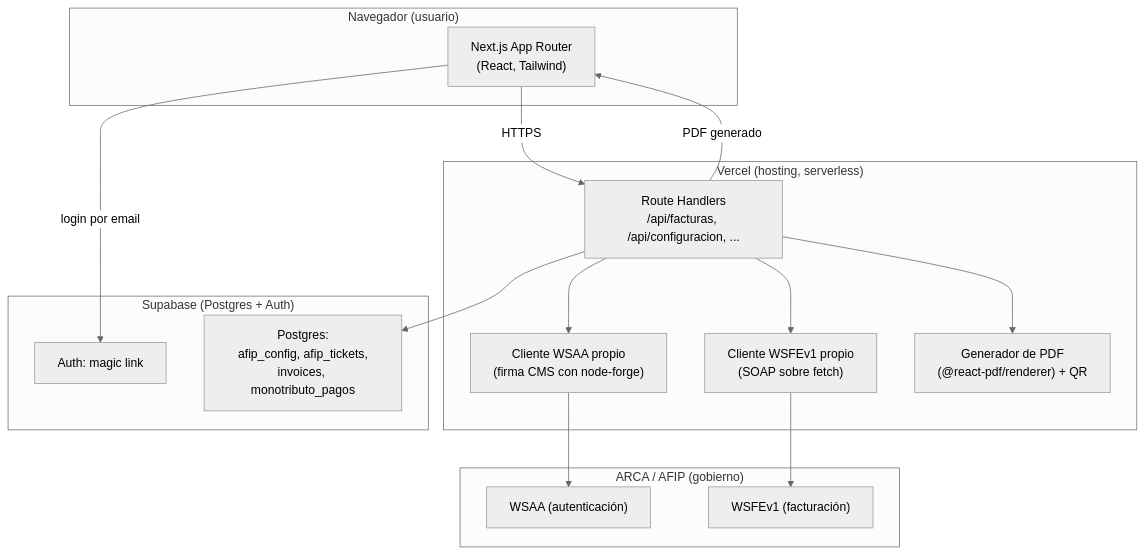
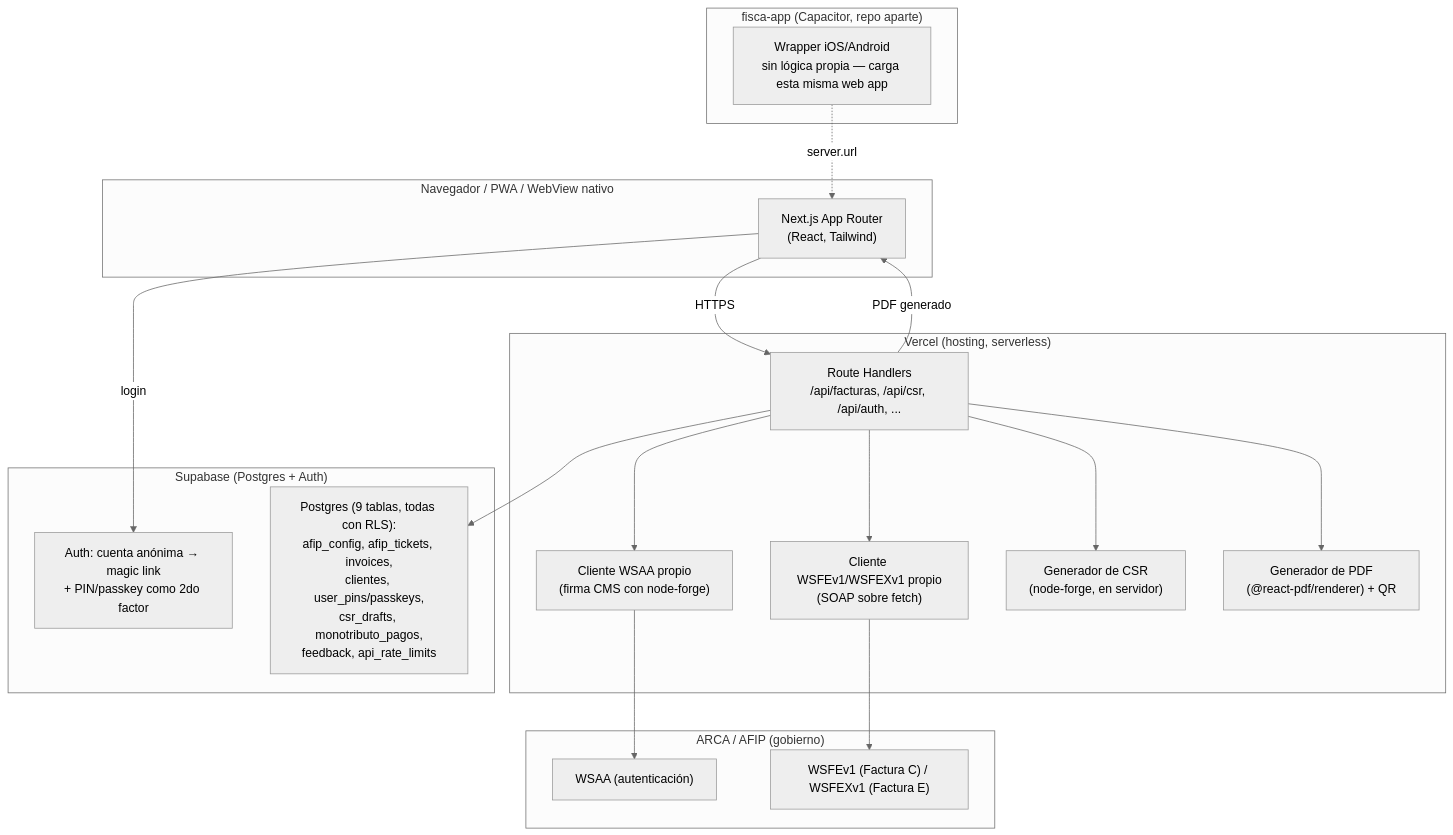
Before and after one commit to malenitaa/fisca: the diagram in ARCHITECTURE.md, drawn with Mermaid (neutral theme). The commit also changed other lines of this file and 14 other files, not shown here.

````diff
--- a/ARCHITECTURE.md
+++ b/ARCHITECTURE.md
@@ -19,31 +20,38 @@
 ```mermaid
 flowchart TB
-    subgraph Cliente["Navegador (usuario)"]
+    subgraph Nativo["fisca-app (Capacitor, repo aparte)"]
+        Wrapper["Wrapper iOS/Android\nsin lógica propia — carga esta misma web app"]
+    end
+
+    subgraph Cliente["Navegador / PWA / WebView nativo"]
         UI["Next.js App Router\n(React, Tailwind)"]
     end
 
     subgraph Vercel["Vercel (hosting, serverless)"]
-        RH["Route Handlers\n/api/facturas, /api/configuracion, ..."]
+        RH["Route Handlers\n/api/facturas, /api/csr, /api/auth, ..."]
         WSAA["Cliente WSAA propio\n(firma CMS con node-forge)"]
-        WSFE["Cliente WSFEv1 propio\n(SOAP sobre fetch)"]
+        WSFE["Cliente WSFEv1/WSFEXv1 propio\n(SOAP sobre fetch)"]
+        CSR["Generador de CSR\n(node-forge, en servidor)"]
         PDF["Generador de PDF\n(@react-pdf/renderer) + QR"]
     end
 
     subgraph Supabase["Supabase (Postgres + Auth)"]
-        AUTH["Auth: magic link"]
-        DB["Postgres:\nafip_config, afip_tickets,\ninvoices, monotributo_pagos"]
+        AUTH["Auth: cuenta anónima → magic link\n+ PIN/passkey como 2do factor"]
+        DB["Postgres (9 tablas, todas con RLS):\nafip_config, afip_tickets, invoices,\nclientes, user_pins/passkeys,\ncsr_drafts, monotributo_pagos,\nfeedback, api_rate_limits"]
     end
 
     subgraph ARCA["ARCA / AFIP (gobierno)"]
         WSAAsrv["WSAA (autenticación)"]
-        WSFEsrv["WSFEv1 (facturación)"]
+        WSFEsrv["WSFEv1 (Factura C) / WSFEXv1 (Factura E)"]
     end
 
-    UI -->|login por email| AUTH
+    Wrapper -.->|server.url| UI
+    UI -->|login| AUTH
     UI -->|HTTPS| RH
     RH --> DB
     RH --> WSAA --> WSAAsrv
     RH --> WSFE --> WSFEsrv
+    RH --> CSR
     RH --> PDF
     RH -->|PDF generado| UI
 ```
````
